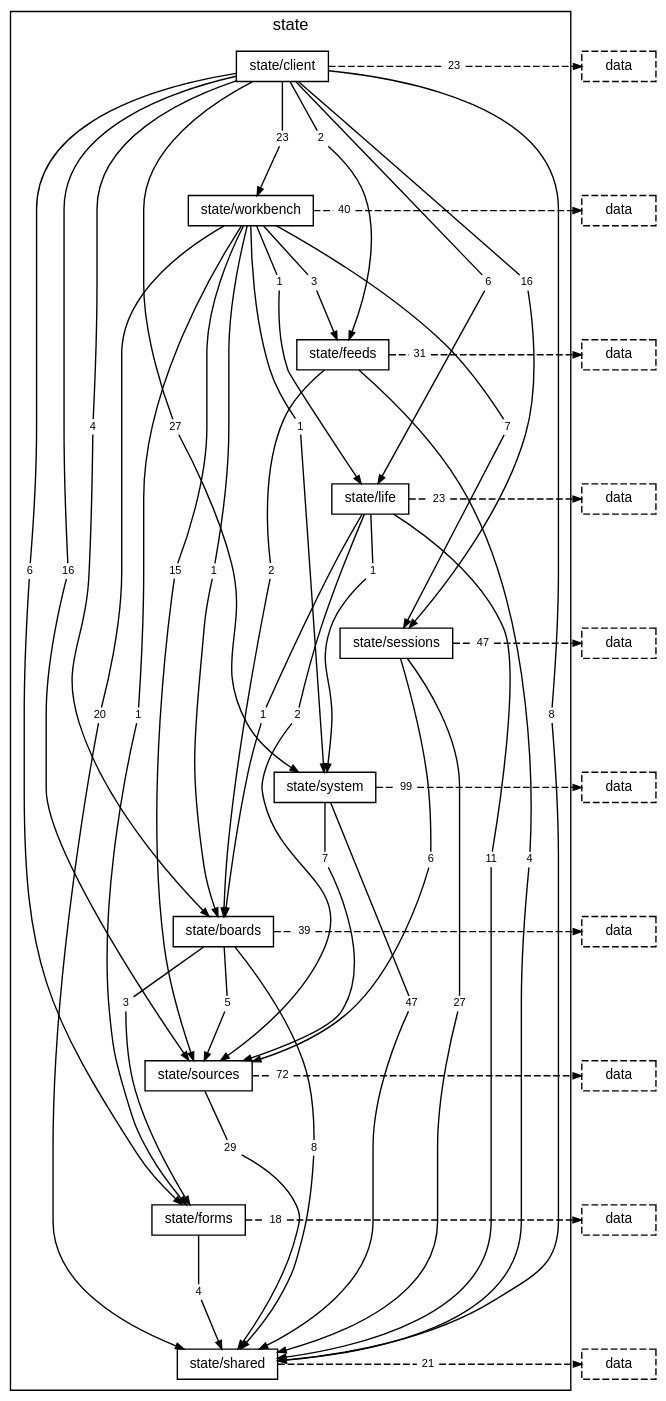
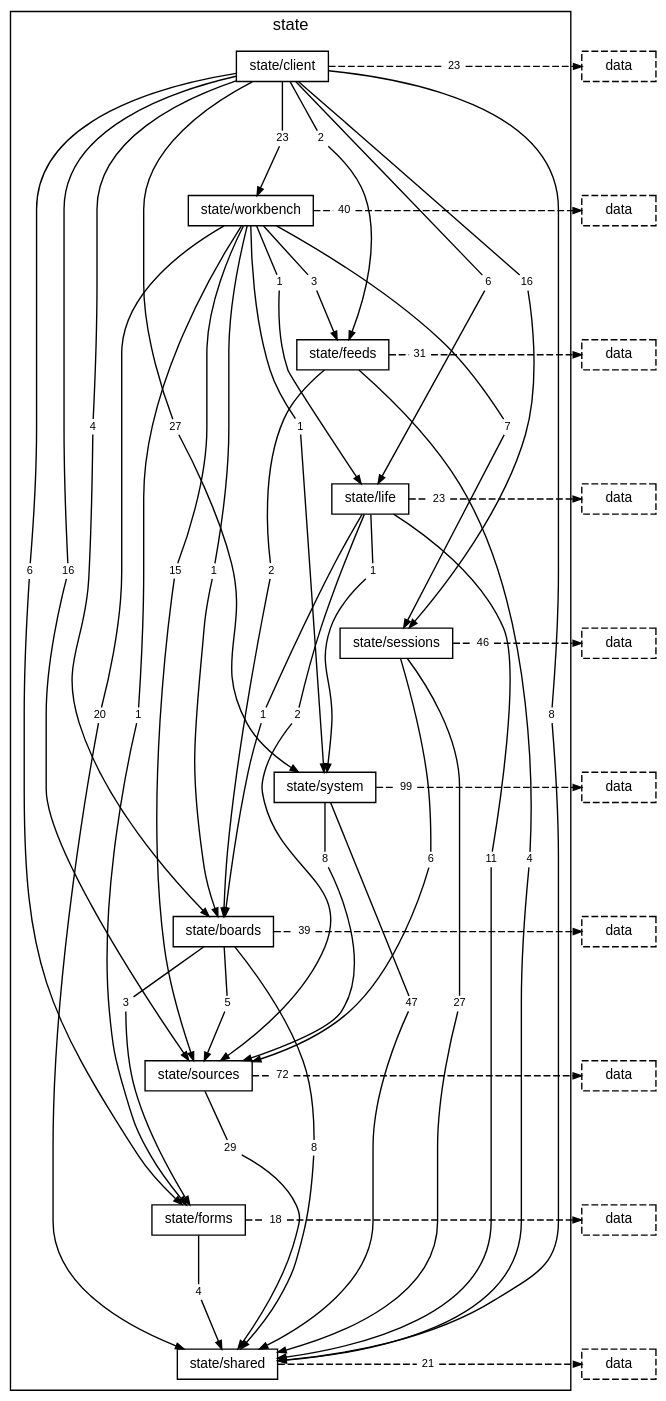
The diagram in docs/diagrams/layer-state.dot (TheAxeC/oculus), drawn with Graphviz before and after one commit. The commit also changed 215 other files, not shown here.

```diff
--- a/docs/diagrams/layer-state.dot
+++ b/docs/diagrams/layer-state.dot
@@ -43,9 +43,9 @@
         "folder state/life to layer data" [label="23", shape=box, color="transparent", fontsize=8, width=0, height=0, margin="0.04,0.02"];
         "folder state/sessions to folder state/shared" [label="27", shape=box, color="transparent", fontsize=8, width=0, height=0, margin="0.04,0.02"];
         "folder state/sessions to folder state/sources" [label="6", shape=box, color="transparent", fontsize=8, width=0, height=0, margin="0.04,0.02"];
-        "folder state/sessions to layer data" [label="47", shape=box, color="transparent", fontsize=8, width=0, height=0, margin="0.04,0.02"];
+        "folder state/sessions to layer data" [label="46", shape=box, color="transparent", fontsize=8, width=0, height=0, margin="0.04,0.02"];
         "folder state/system to folder state/shared" [label="47", shape=box, color="transparent", fontsize=8, width=0, height=0, margin="0.04,0.02"];
-        "folder state/system to folder state/sources" [label="7", shape=box, color="transparent", fontsize=8, width=0, height=0, margin="0.04,0.02"];
+        "folder state/system to folder state/sources" [label="8", shape=box, color="transparent", fontsize=8, width=0, height=0, margin="0.04,0.02"];
         "folder state/system to layer data" [label="99", shape=box, color="transparent", fontsize=8, width=0, height=0, margin="0.04,0.02"];
         "folder state/boards to folder state/forms" [label="3", shape=box, color="transparent", fontsize=8, width=0, height=0, margin="0.04,0.02"];
         "folder state/boards to folder state/shared" [label="8", shape=box, color="transparent", fontsize=8, width=0, height=0, margin="0.04,0.02"];
```
